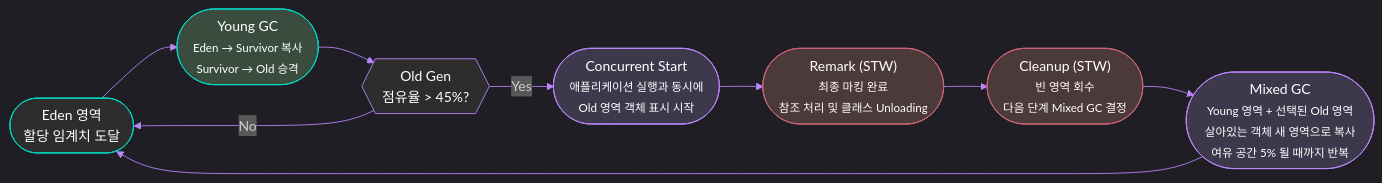
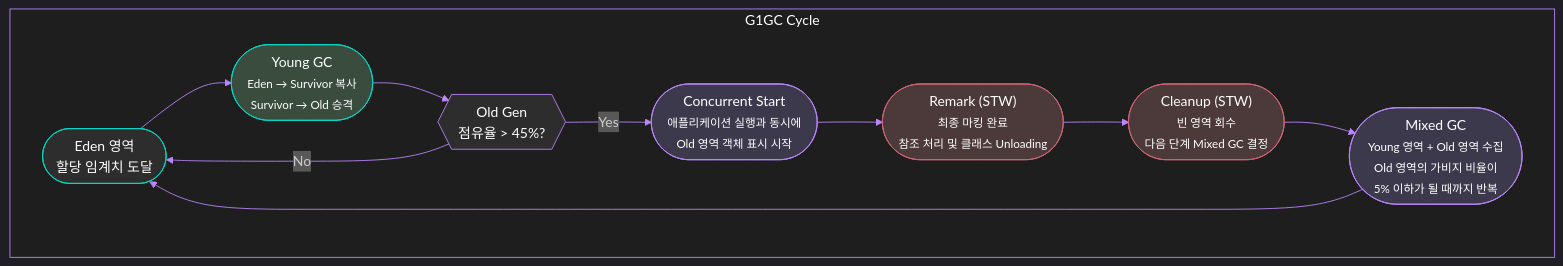
The second of 2 diagrams in _posts/2023-10-10-JVM-GC.md (K-Diger/K-Diger.github.io), drawn with Mermaid before and after one commit.

````diff
--- a/_posts/2023-10-10-JVM-GC.md
+++ b/_posts/2023-10-10-JVM-GC.md
@@ -192,37 +192,43 @@
 ```mermaid
 %%{
   init: {
     'theme': 'dark',
     'themeVariables': {
       'primaryColor': '#bb86fc',
       'primaryTextColor': '#fff',
       'primaryBorderColor': '#9965f4',
       'lineColor': '#bb86fc',
       'secondaryColor': '#03dac6',
-      'tertiaryColor': '#cf6679'
+      'tertiaryColor': '#cf6679',
+      'mainBkg': '#1e1e1e'
     }
   }
 }%%
 flowchart LR
-    Start(["Eden 영역<br>할당 임계치 도달"]) -->
-    Y1(["Young GC<br><small>Eden → Survivor 복사<br>Survivor → Old 승격</small>"]) -->
-    Y2{{"Old Gen<br>점유율 > 45%?"}}
-    Y2 -->|Yes| CS(["Concurrent Start<br><small>애플리케이션 실행과 동시에<br>Old 영역 객체 표시 시작</small>"])
-    Y2 -->|No| Start
-    CS --> RM(["Remark (STW)<br><small>최종 마킹 완료<br>참조 처리 및 클래스 Unloading</small>"])
-    RM --> CL(["Cleanup (STW)<br><small>빈 영역 회수<br>다음 단계 Mixed GC 결정</small>"])
-    CL --> MX(["Mixed GC<br><small>Young 영역 + 선택된 Old 영역<br>살아있는 객체 새 영역으로 복사<br>여유 공간 5% 될 때까지 반복</small>"])
-    MX --> Start
+    subgraph G1GC["G1GC Cycle"]
+        direction LR
+        Start(["Eden 영역<br>할당 임계치 도달"]) -->
+        Y1(["Young GC<br><small>Eden → Survivor 복사<br>Survivor → Old 승격</small>"]) -->
+        Y2{{"Old Gen<br>점유율 > 45%?"}}
+        Y2 -->|Yes| CS(["Concurrent Start<br><small>애플리케이션 실행과 동시에<br>Old 영역 객체 표시 시작</small>"])
+        Y2 -->|No| Start
+        CS --> RM(["Remark (STW)<br><small>최종 마킹 완료<br>참조 처리 및 클래스 Unloading</small>"])
+        RM --> CL(["Cleanup (STW)<br><small>빈 영역 회수<br>다음 단계 Mixed GC 결정</small>"])
+        CL --> MX(["Mixed GC<br><small>Young 영역 + Old 영역 수집<br>Old 영역의 가비지 비율이<br>5% 이하가 될 때까지 반복</small>"])
+        MX --> Start
+    end
 
     classDef trigger fill:#2d2d2d,stroke:#03dac6,color:#fff
     classDef youngPhase fill:#394c3d,stroke:#03dac6,color:#fff
     classDef decision fill:#2d2d2d,stroke:#bb86fc,color:#fff
     classDef stw fill:#4c3939,stroke:#cf6679,color:#fff
     classDef mixed fill:#3d394c,stroke:#bb86fc,color:#fff
 
     class Start trigger
     class Y1 youngPhase
     class Y2 decision
     class RM,CL stw
     class CS,MX mixed
+
+    style G1GC fill:#1e1e1e,stroke:#bb86fc,color:#fff
 ```
````
